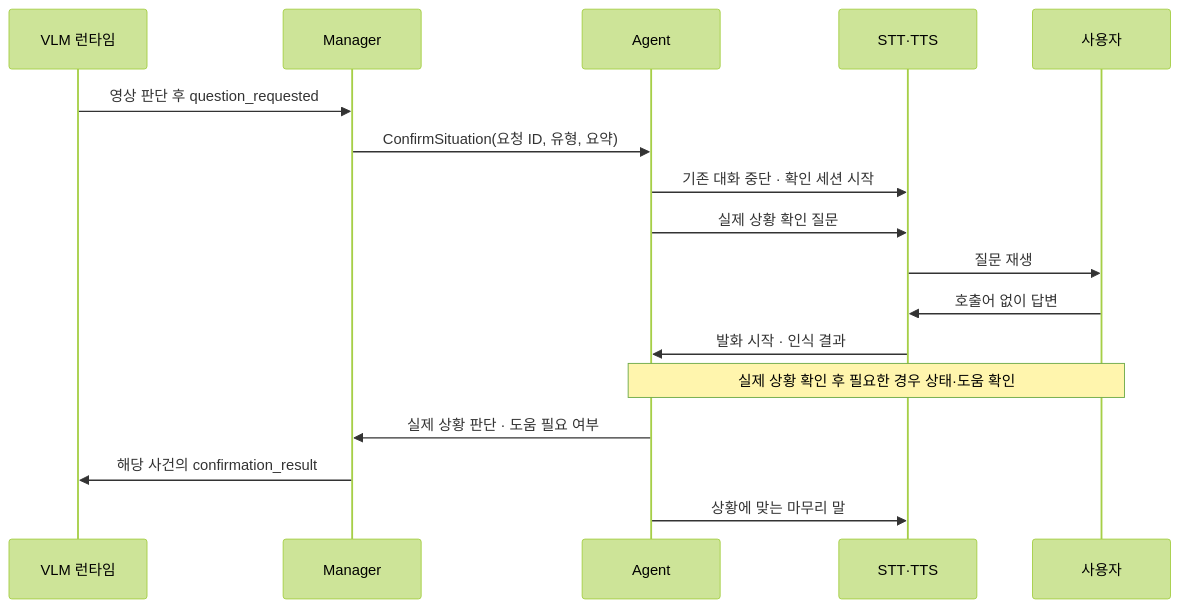
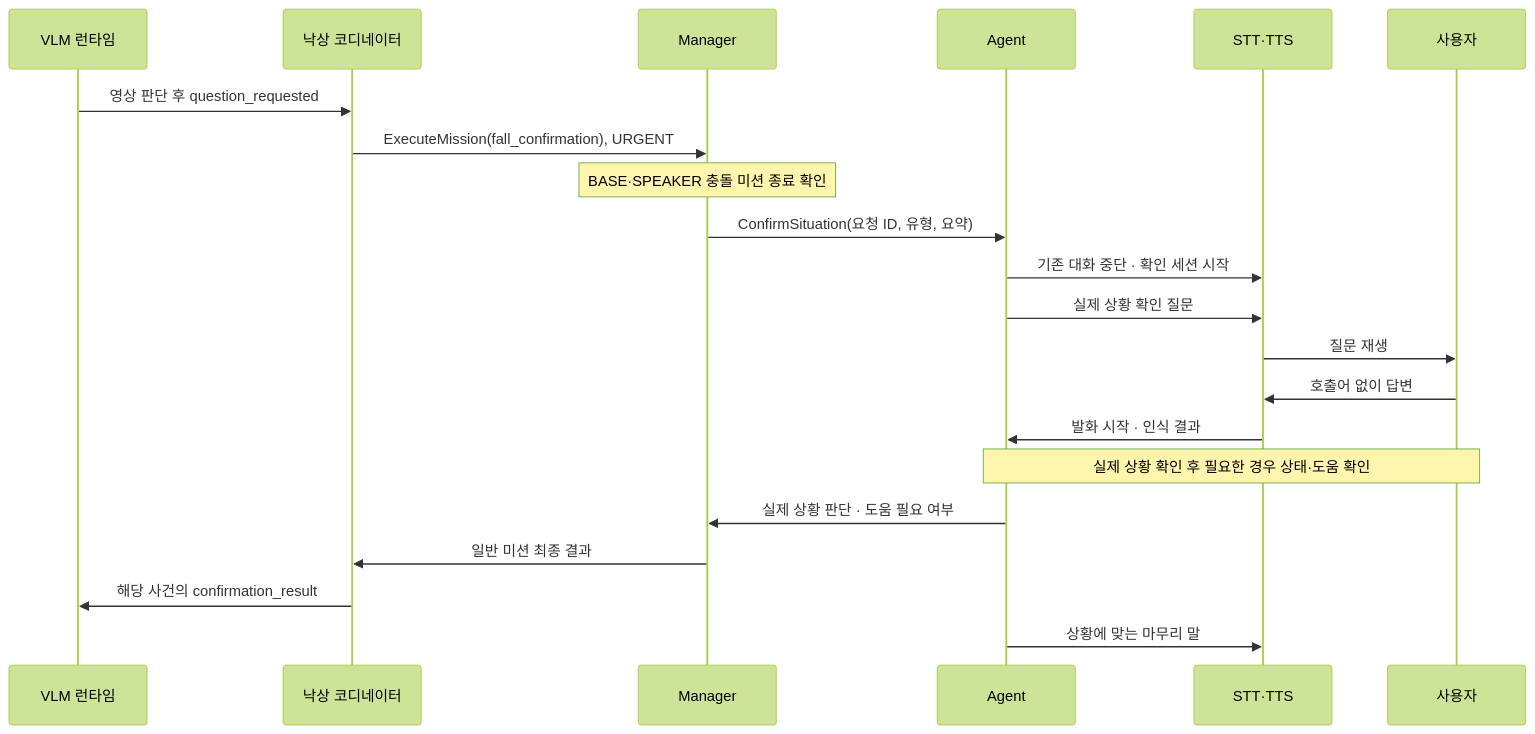
Before and after one commit to SWM-malbut/malbut: the diagram in malbut_agent_server/docs/fall/agent_fall_implementation.md, drawn with Mermaid (forest theme). The commit also changed other lines of this file and 54 other files, not shown here.

````diff
--- a/malbut_agent_server/docs/fall/agent_fall_implementation.md
+++ b/malbut_agent_server/docs/fall/agent_fall_implementation.md
@@ -8,19 +8,23 @@
 ```mermaid
 sequenceDiagram
     participant V as VLM 런타임
+    participant F as 낙상 코디네이터
     participant M as Manager
     participant A as Agent
     participant S as STT·TTS
     participant U as 사용자
-    V->>M: 영상 판단 후 question_requested
+    V->>F: 영상 판단 후 question_requested
+    F->>M: ExecuteMission(fall_confirmation), URGENT
+    Note over M: BASE·SPEAKER 충돌 미션 종료 확인
     M->>A: ConfirmSituation(요청 ID, 유형, 요약)
     A->>S: 기존 대화 중단 · 확인 세션 시작
     A->>S: 실제 상황 확인 질문
     S->>U: 질문 재생
     U->>S: 호출어 없이 답변
     S->>A: 발화 시작 · 인식 결과
     Note over A,U: 실제 상황 확인 후 필요한 경우 상태·도움 확인
     A->>M: 실제 상황 판단 · 도움 필요 여부
-    M->>V: 해당 사건의 confirmation_result
+    M->>F: 일반 미션 최종 결과
+    F->>V: 해당 사건의 confirmation_result
     A->>S: 상황에 맞는 마무리 말
 ```
````
